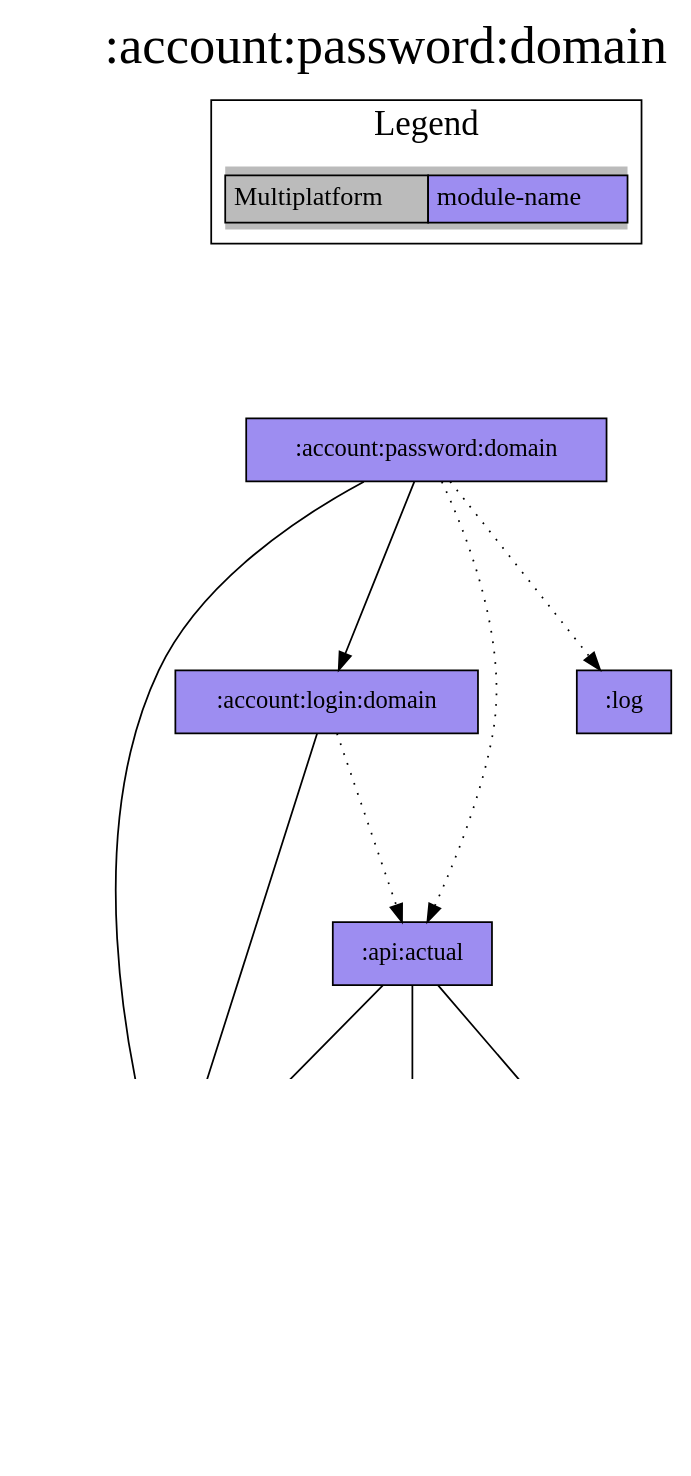
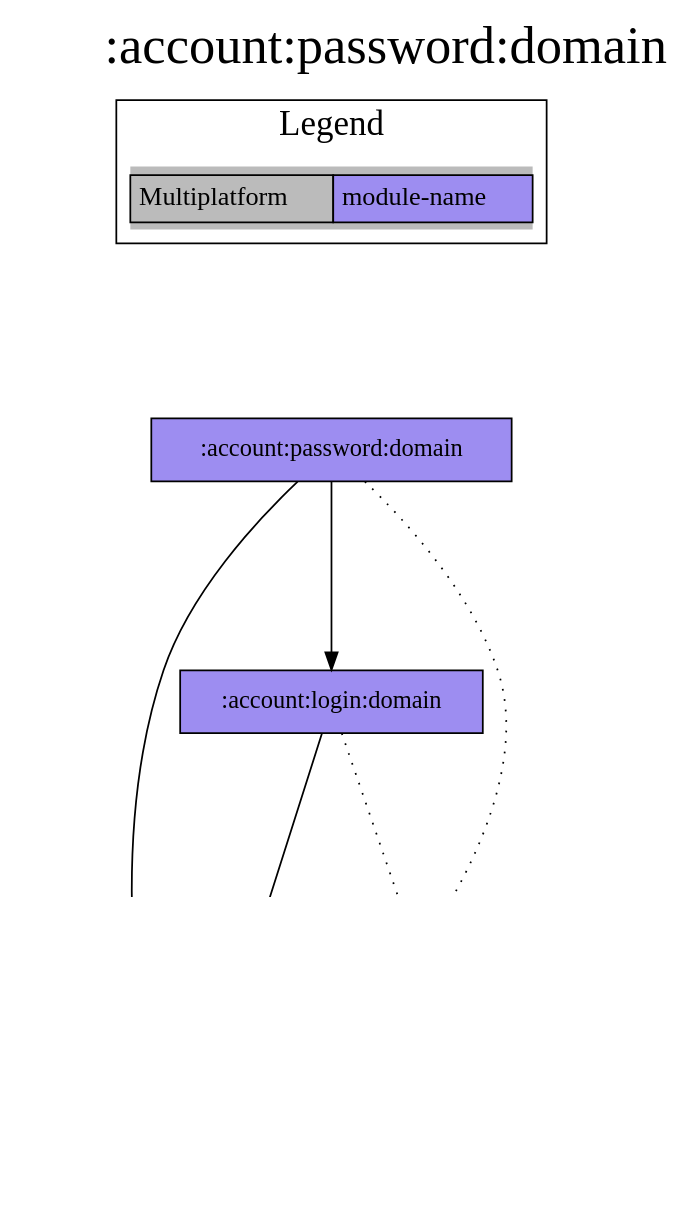
One commit to jonapoul/aktual changed the diagram in modules/account/password/domain/project-dependency-graph.dot. Above: the diagram before and after it, drawn with Graphviz. The commit also changed 113 other files, not shown here.

```diff
--- a/modules/account/password/domain/project-dependency-graph.dot
+++ b/modules/account/password/domain/project-dependency-graph.dot
@@ -1,36 +1,32 @@
 digraph {
 edge ["dir"="forward"]
 graph ["dpi"="100","label"=":account:password:domain","labelloc"="t","fontsize"="30","ranksep"="1.5","rankdir"="TB"]
 node ["style"="filled"]
 ":account:login:domain" ["fillcolor"="#9D8DF1","shape"="box"]
 ":account:model" ["fillcolor"="#9D8DF1","shape"="box"]
 ":account:password:domain" ["fillcolor"="#9D8DF1","shape"="box"]
 ":api:actual" ["fillcolor"="#9D8DF1","shape"="box"]
 ":budget:model" ["fillcolor"="#9D8DF1","shape"="box"]
-":core:model" ["fillcolor"="#9D8DF1","shape"="box"]
-":log" ["fillcolor"="#9D8DF1","shape"="box"]
 ":url:model" ["fillcolor"="#9D8DF1","shape"="box"]
 {
 edge ["dir"="none"]
 graph ["rank"="same"]
 }
 ":account:login:domain" -> ":account:model"
 ":account:login:domain" -> ":api:actual" ["style"="dotted"]
 ":account:password:domain" -> ":account:login:domain"
 ":account:password:domain" -> ":account:model"
 ":account:password:domain" -> ":api:actual" ["style"="dotted"]
-":account:password:domain" -> ":log" ["style"="dotted"]
 ":api:actual" -> ":account:model"
 ":api:actual" -> ":budget:model"
 ":api:actual" -> ":url:model"
-":url:model" -> ":core:model" ["style"="dotted"]
 subgraph "cluster_legend" {
 edge ["dir"="none"]
 graph ["label"="Legend","fontsize"="20"]
 "Legend" ["style"="filled","fillcolor"="#bbbbbb","shape"="none","margin"="0","fontsize"="15","label"=<
 <TABLE BORDER="0" CELLBORDER="1" CELLSPACING="0" CELLPADDING="4">
 <TR><TD>Multiplatform</TD><TD BGCOLOR="#9D8DF1">module-name</TD></TR>
 </TABLE>
 >]
 } -> ":account:password:domain" ["style"="invis"]
 }
```
